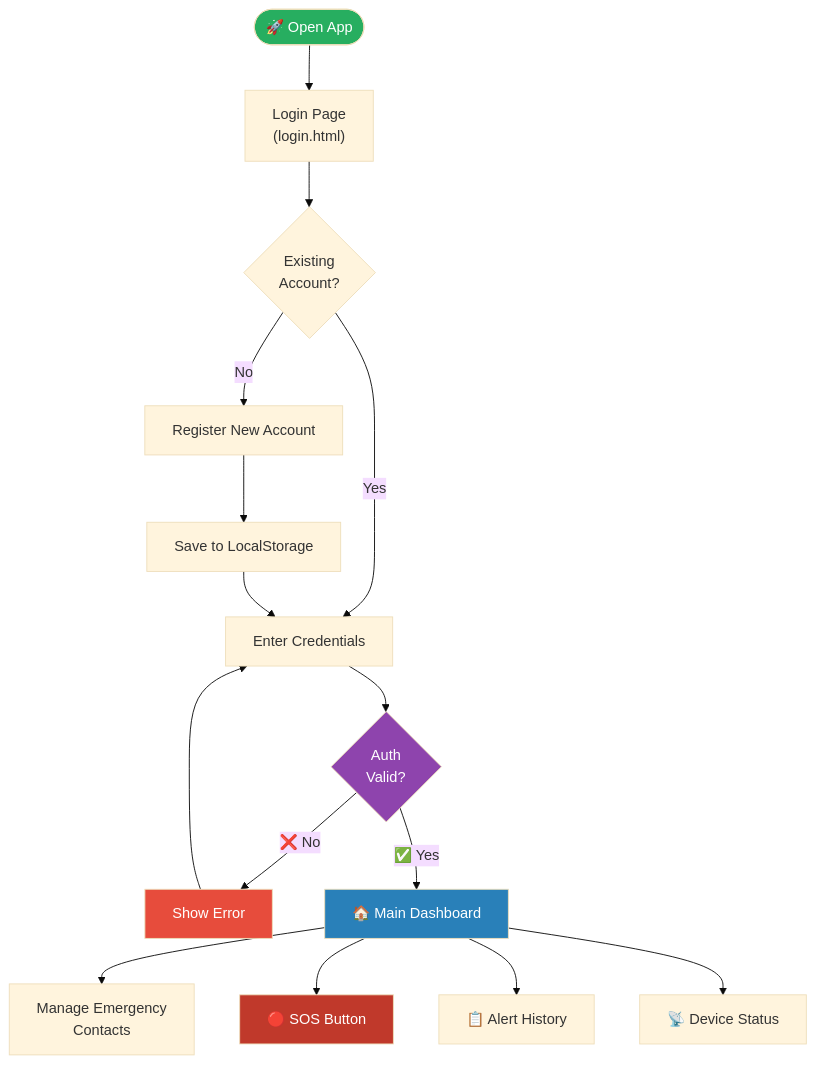
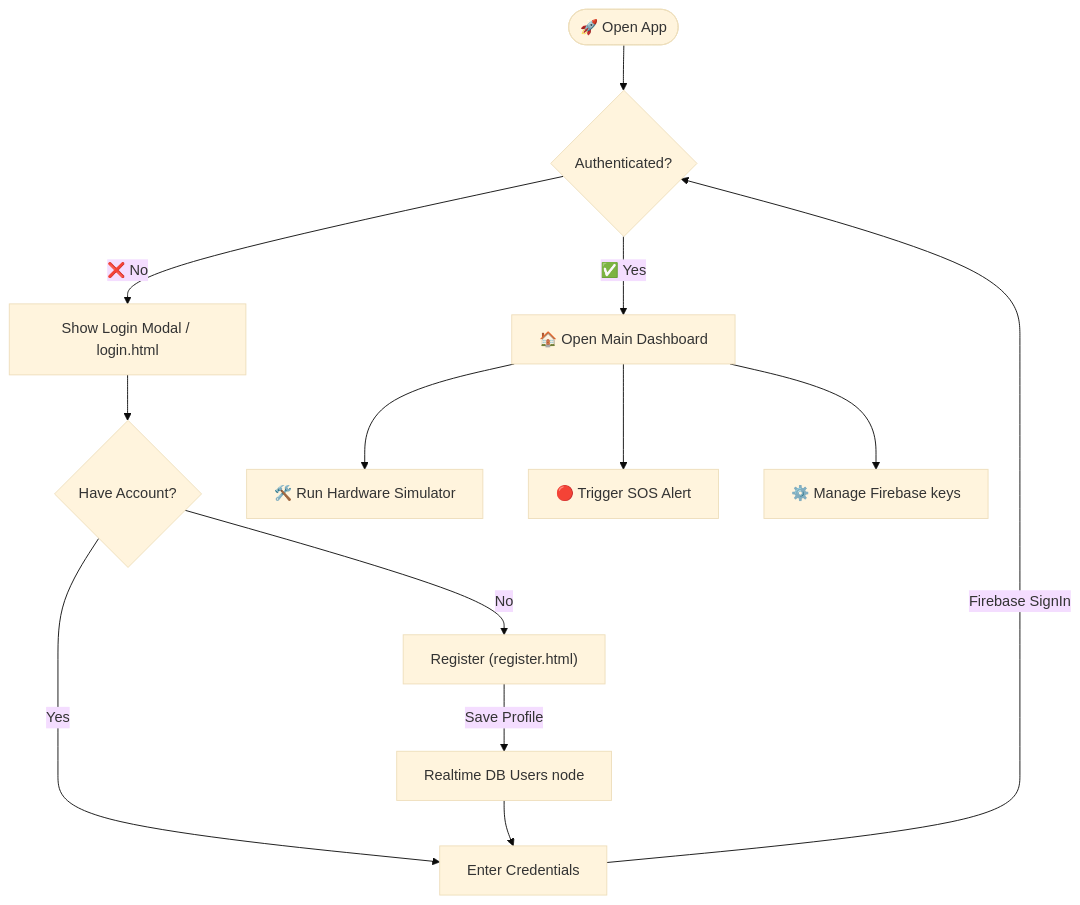
The third of 4 diagrams in README.md (Amar1604/Safeguard), drawn with Mermaid (base theme) before and after one commit. The commit also changed other lines of this file and 7 other files, not shown here.

Commit message:
Refactor SafeGuard: Unified Auth, visual hardware simulator panel, coordinate polyline breadcrumbs, admin map alert resolution, and dark-mode styles.

````diff
--- a/README.md
+++ b/README.md
@@ -199,26 +205,18 @@
 ```mermaid
 flowchart TD
-    START(["🚀 Open App"]) --> LOGIN["Login Page\n(login.html)"]
-    LOGIN --> HAS{"Existing\nAccount?"}
-
-    HAS -->|Yes| CRED["Enter Credentials"]
-    HAS -->|No| REG["Register New Account"]
-
-    REG --> SAVE["Save to LocalStorage"]
-    SAVE --> CRED
-
-    CRED --> AUTH{"Auth\nValid?"}
-    AUTH -->|❌ No| ERR["Show Error"] --> CRED
-    AUTH -->|✅ Yes| DASH["🏠 Main Dashboard"]
-
-    DASH --> CONTACTS["Manage Emergency\nContacts"]
-    DASH --> SOS["🔴 SOS Button"]
-    DASH --> HISTORY["📋 Alert History"]
-    DASH --> DEVICE["📡 Device Status"]
-
-    style START fill:#27ae60,color:#fff
-    style DASH fill:#2980b9,color:#fff
-    style SOS fill:#c0392b,color:#fff
-    style AUTH fill:#8e44ad,color:#fff
-    style ERR fill:#e74c3c,color:#fff
+    START(["🚀 Open App"]) --> AUTH_CHECK{"Authenticated?"}
+    AUTH_CHECK -->|❌ No| LOGIN["Show Login Modal / login.html"]
+    AUTH_CHECK -->|✅ Yes| DASH["🏠 Open Main Dashboard"]
+    
+    LOGIN --> HAS_ACCOUNT{"Have Account?"}
+    HAS_ACCOUNT -->|Yes| CRED["Enter Credentials"]
+    HAS_ACCOUNT -->|No| REG["Register (register.html)"]
+    
+    REG -->|Save Profile| DB["Realtime DB Users node"]
+    DB --> CRED
+    CRED -->|Firebase SignIn| AUTH_CHECK
+    
+    DASH --> SIM["🛠️ Run Hardware Simulator"]
+    DASH --> SOS["🔴 Trigger SOS Alert"]
+    DASH --> SETTINGS["⚙️ Manage Firebase keys"]
 ```
````
